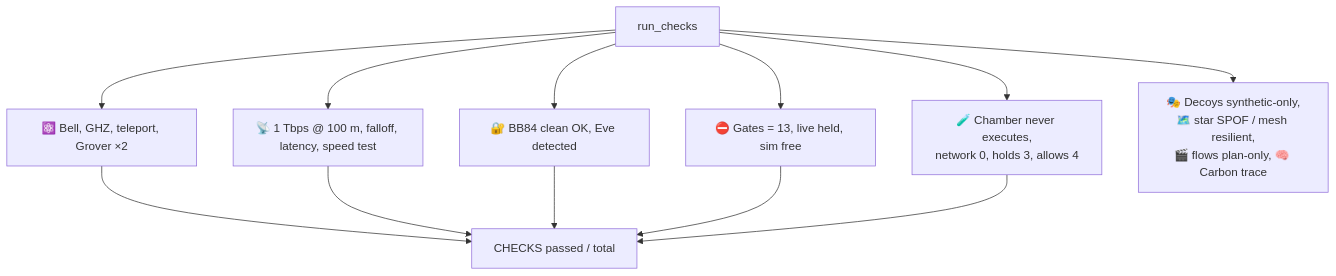
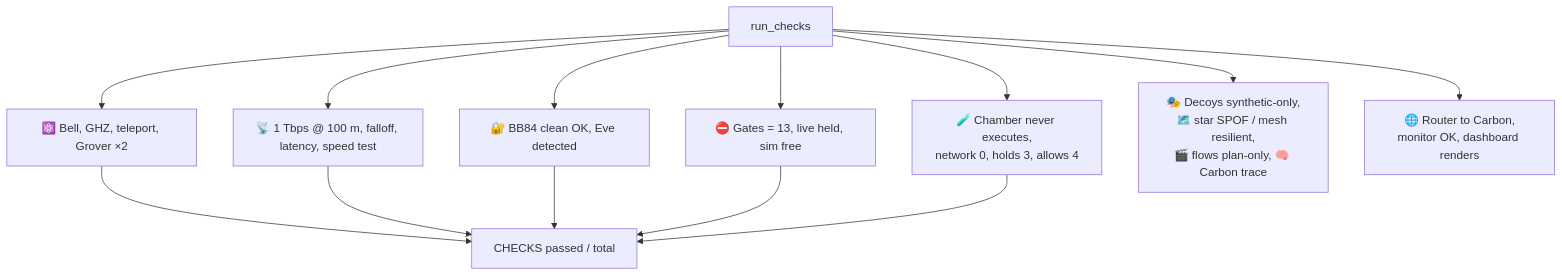
Diagram 15 of 16 in README.md (kimanicollier44-cmyk/Q6G-1TB), drawn with Mermaid before and after one commit. The commit also changed other lines of this file and 7 other files, not shown here.

````diff
--- a/README.md
+++ b/README.md
@@ -445,14 +473,15 @@
 ```mermaid
 flowchart TD
     A[run_checks] --> B[⚛️ Bell, GHZ, teleport, Grover ×2]
     A --> C[📡 1 Tbps @ 100 m, falloff, latency, speed test]
     A --> D[🔐 BB84 clean OK, Eve detected]
     A --> E[⛔ Gates = 13, live held, sim free]
     A --> F[🧪 Chamber never executes,<br/>network 0, holds 3, allows 4]
     A --> I[🎭 Decoys synthetic-only,<br/>🗺️ star SPOF / mesh resilient,<br/>🎬 flows plan-only, 🧠 Carbon trace]
+    A --> K[🌐 Router to Carbon,<br/>monitor OK, dashboard renders]
     B --> G[CHECKS passed / total]
     C --> G
     D --> G
     E --> G
     F --> G
 ```
````
